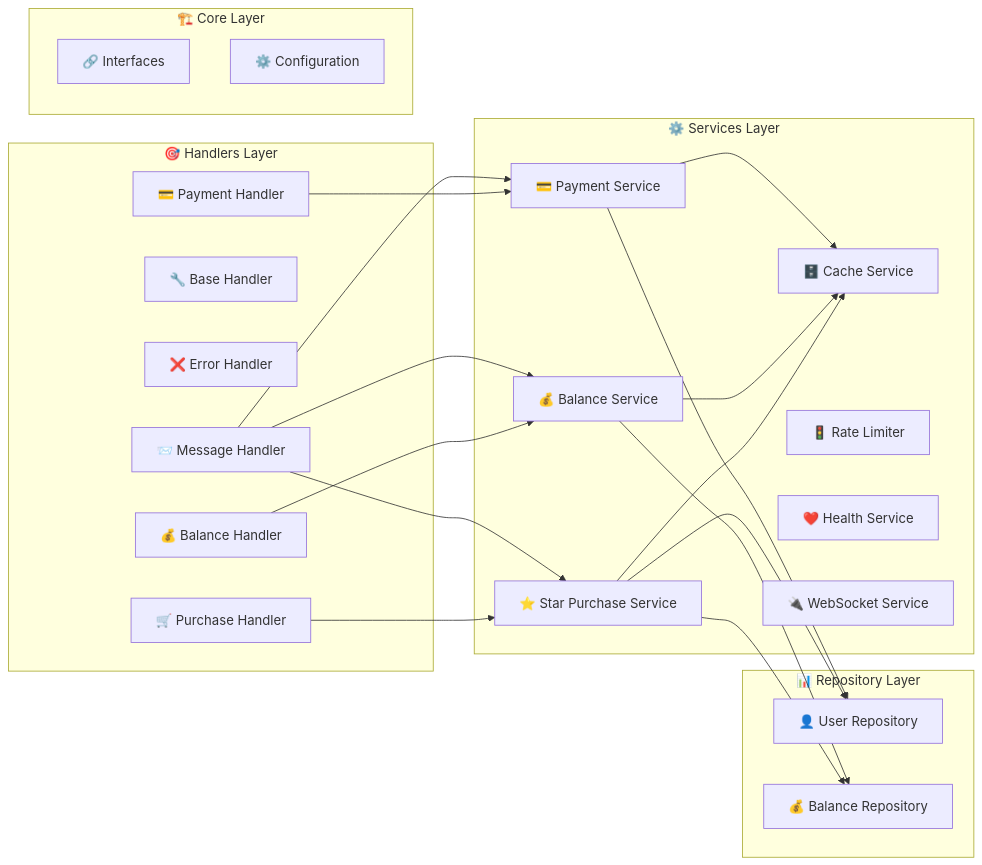
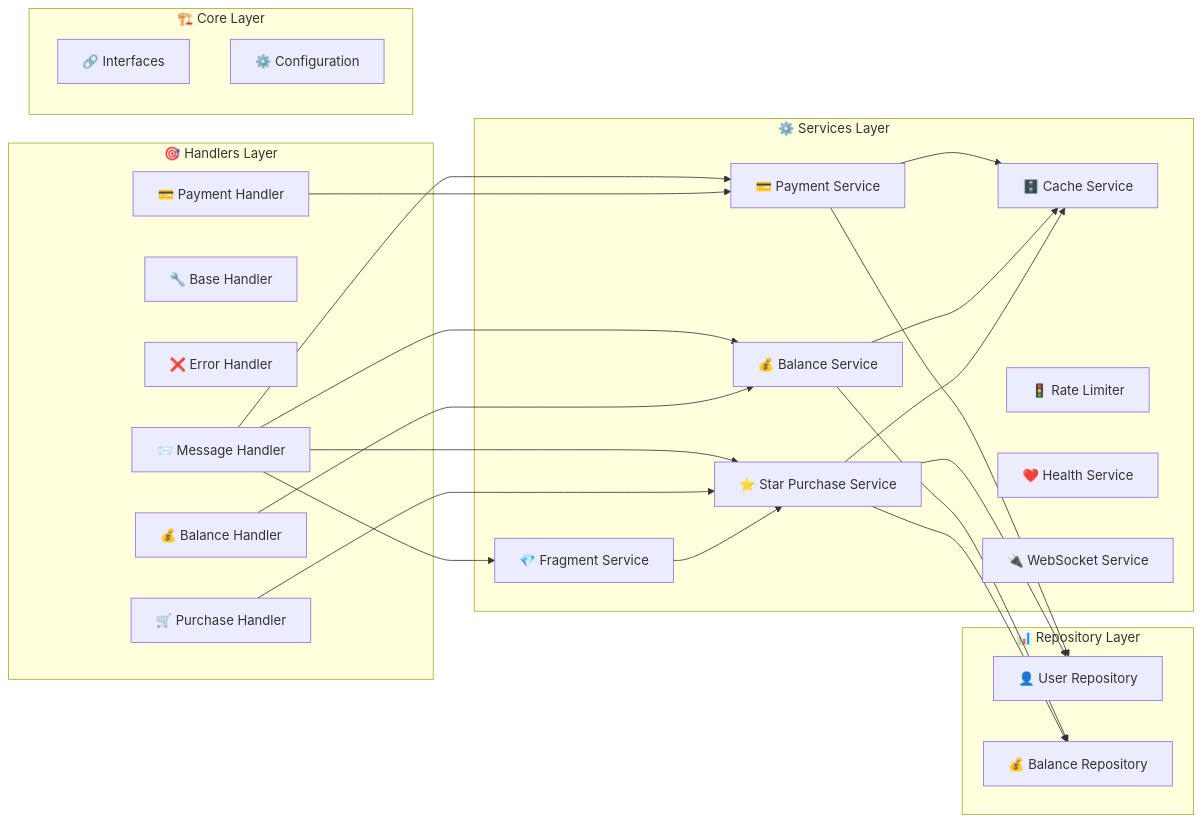
The second of 10 diagrams in README.md (neKamita/Mirza-Telegram-Shop-Bot), drawn with Mermaid before and after one commit. The commit also changed other lines of this file and 23 other files, not shown here.

````diff
--- a/README.md
+++ b/README.md
@@ -96,48 +102,51 @@
 ```mermaid
 flowchart LR
     subgraph handlers ["🎯 Handlers Layer"]
         MH["📨 Message Handler"]
         BH["🔧 Base Handler"]
         EH["❌ Error Handler"]
         PH["💳 Payment Handler"]
         PuH["🛒 Purchase Handler"]
         BalH["💰 Balance Handler"]
     end
 
     subgraph services ["⚙️ Services Layer"]
         PS["💳 Payment Service"]
         BS["💰 Balance Service"]
         SPS["⭐ Star Purchase Service"]
+        FS["💎 Fragment Service"]
         CS["🗄️ Cache Service"]
         RL["🚦 Rate Limiter"]
         HS["❤️ Health Service"]
         WS["🔌 WebSocket Service"]
     end
 
     subgraph repos ["📊 Repository Layer"]
         UR["👤 User Repository"]
         BR["💰 Balance Repository"]
     end
 
     subgraph core ["🏗️ Core Layer"]
         INT["🔗 Interfaces"]
         CFG["⚙️ Configuration"]
     end
 
     MH --> PS
     MH --> BS
     MH --> SPS
+    MH --> FS
     PH --> PS
     PuH --> SPS
     BalH --> BS
 
     PS --> UR
     BS --> BR
     SPS --> UR
     SPS --> BR
+    FS --> SPS
 
     PS --> CS
     BS --> CS
     SPS --> CS
 
 ```
````
